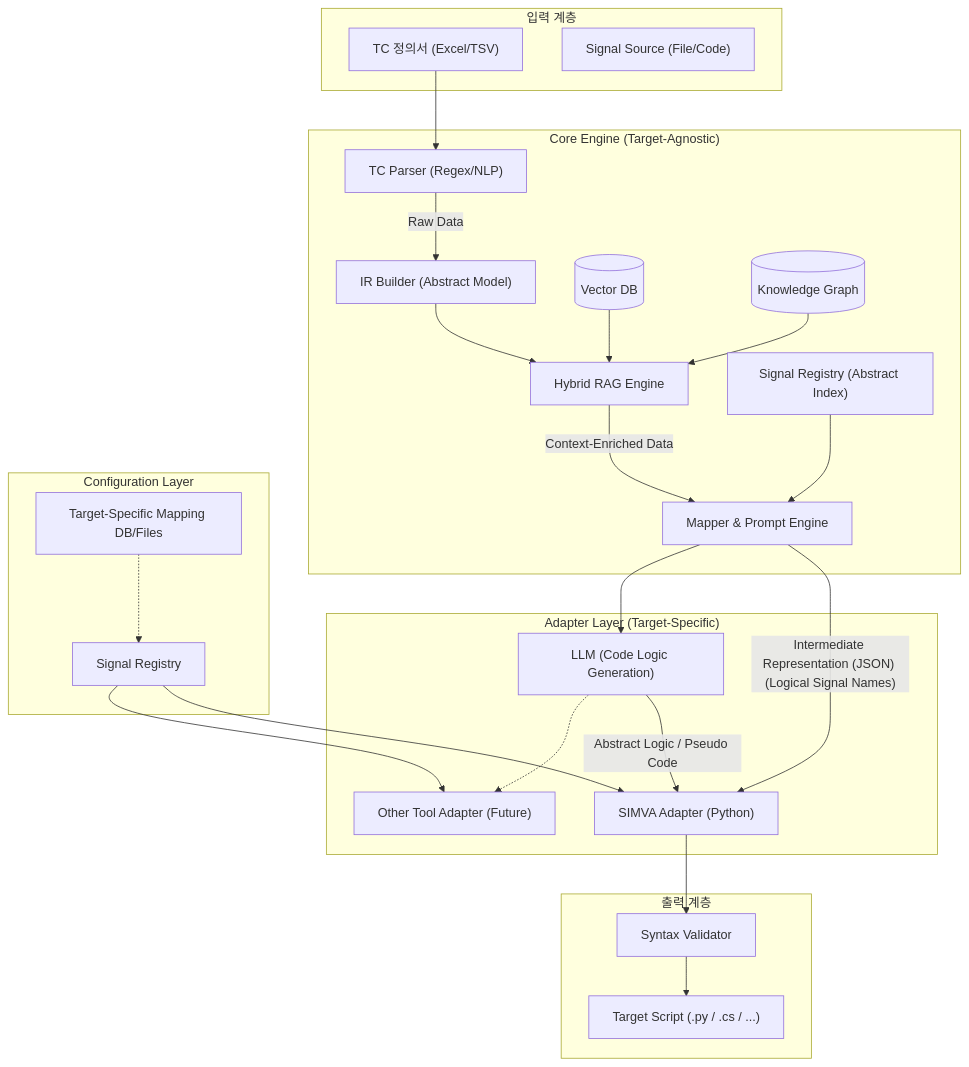
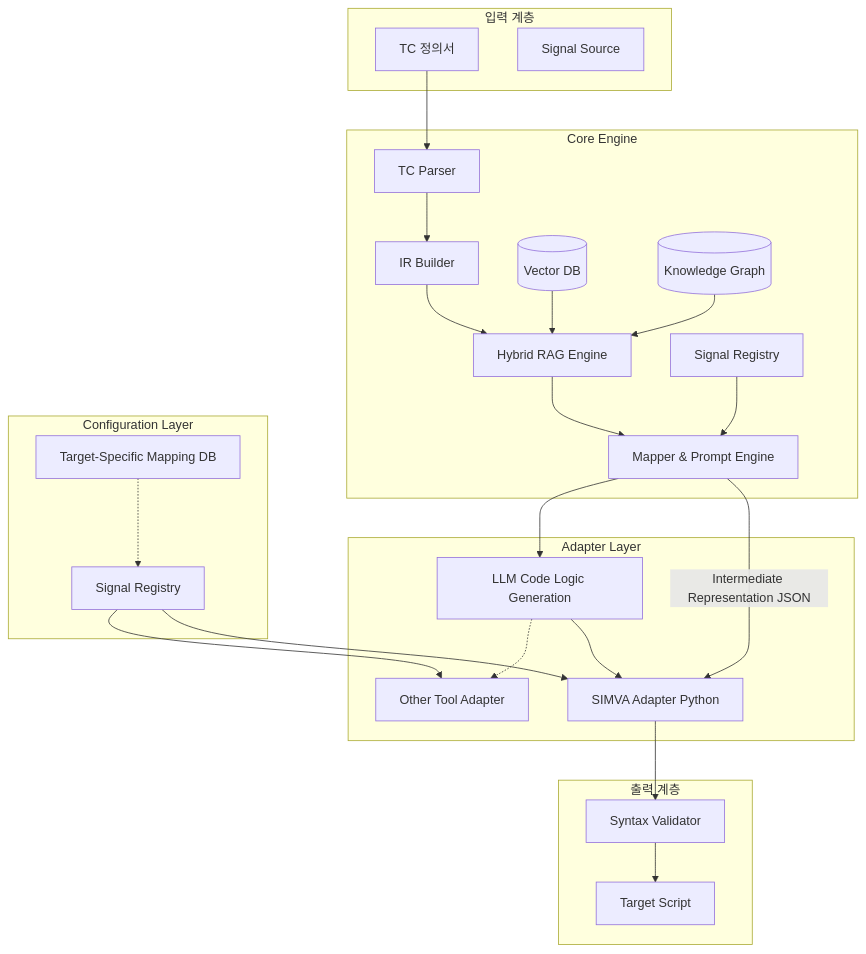
Before and after one commit to yuntnwls/testcase-generator: the diagram in docs/02_design/detailed_design.md, drawn with Mermaid. The commit also changed other lines of this file and 52 other files, not shown here.

````diff
--- a/docs/02_design/detailed_design.md
+++ b/docs/02_design/detailed_design.md
@@ -6,53 +6,53 @@
 ```mermaid
 graph TD
-    subgraph Input_Layer ["입력 계층"]
-        TC_File["TC 정의서 (Excel/TSV)"]
-        Signal_CFG["Signal Source (File/Code)"]
+    subgraph Input_Layer [입력 계층]
+        TC_File[TC 정의서]
+        Signal_CFG[Signal Source]
     end
 
-    subgraph Core_Engine ["Core Engine (Target-Agnostic)"]
-        TC_Parser["TC Parser (Regex/NLP)"]
-        IR_Builder["IR Builder (Abstract Model)"]
-        Hybrid_RAG["Hybrid RAG Engine"]
-        Vector_DB[("Vector DB")]
-        Ontology[("Knowledge Graph")]
-        Signal_Registry_Core["Signal Registry (Abstract Index)"]
-        Mapper["Mapper & Prompt Engine"]
+    subgraph Core_Engine [Core Engine]
+        TC_Parser[TC Parser]
+        IR_Builder[IR Builder]
+        Hybrid_RAG[Hybrid RAG Engine]
+        Vector_DB[(Vector DB)]
+        Ontology[(Knowledge Graph)]
+        Signal_Registry_Core[Signal Registry]
+        Mapper[Mapper & Prompt Engine]
         
         TC_File --> TC_Parser
-        TC_Parser -- "Raw Data" --> IR_Builder
+        TC_Parser --> IR_Builder
         IR_Builder --> Hybrid_RAG
         Vector_DB --> Hybrid_RAG
         Ontology --> Hybrid_RAG
-        Hybrid_RAG -- "Context-Enriched Data" --> Mapper
+        Hybrid_RAG --> Mapper
         Signal_Registry_Core --> Mapper
     end
     
-    Mapper -- "Intermediate Representation (JSON) (Logical Signal Names)" --> Simva_Adapter
+    Mapper -- Intermediate Representation JSON --> Simva_Adapter
 
-    subgraph Config_Layer ["Configuration Layer"]
-        Target_Specific_Mapping["Target-Specific Mapping DB/Files"]
-        Signal_Registry_Adapter["Signal Registry"]
+    subgraph Config_Layer [Configuration Layer]
+        Target_Specific_Mapping[Target-Specific Mapping DB]
+        Signal_Registry_Adapter[Signal Registry]
         Target_Specific_Mapping -.-> Signal_Registry_Adapter
     end
 
-    subgraph Adapter_Layer ["Adapter Layer (Target-Specific)"]
-        LLM["LLM (Code Logic Generation)"]
-        Simva_Adapter["SIMVA Adapter (Python)"]
-        Other_Adapter["Other Tool Adapter (Future)"]
+    subgraph Adapter_Layer [Adapter Layer]
+        LLM[LLM Code Logic Generation]
+        Simva_Adapter[SIMVA Adapter Python]
+        Other_Adapter[Other Tool Adapter]
         
         Signal_Registry_Adapter --> Simva_Adapter
         Signal_Registry_Adapter --> Other_Adapter
         Mapper --> LLM
-        LLM -- "Abstract Logic / Pseudo Code" --> Simva_Adapter
+        LLM --> Simva_Adapter
         LLM -.-> Other_Adapter
     end
 
-    subgraph Output_Layer ["출력 계층"]
-        Final_Script["Target Script (.py / .cs / ...)"]
-        Validator["Syntax Validator"]
+    subgraph Output_Layer [출력 계층]
+        Final_Script[Target Script]
+        Validator[Syntax Validator]
         
         Simva_Adapter --> Validator
         Validator --> Final_Script
     end
 ```
````
